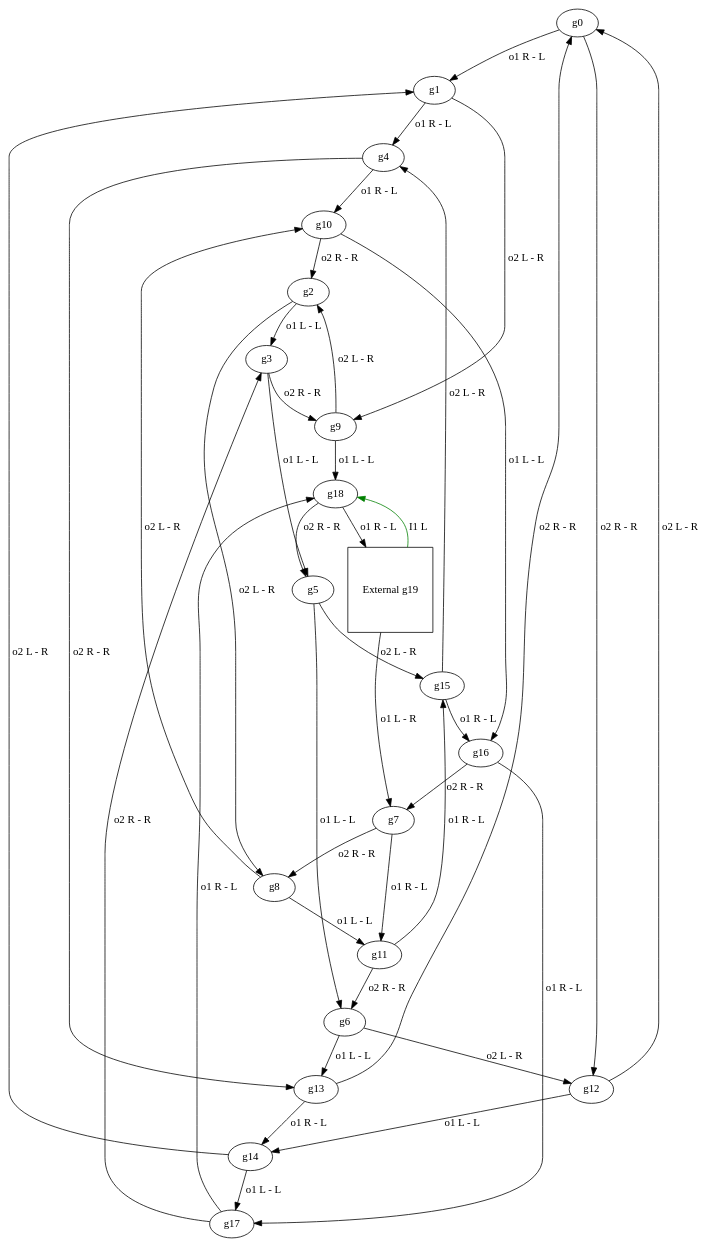
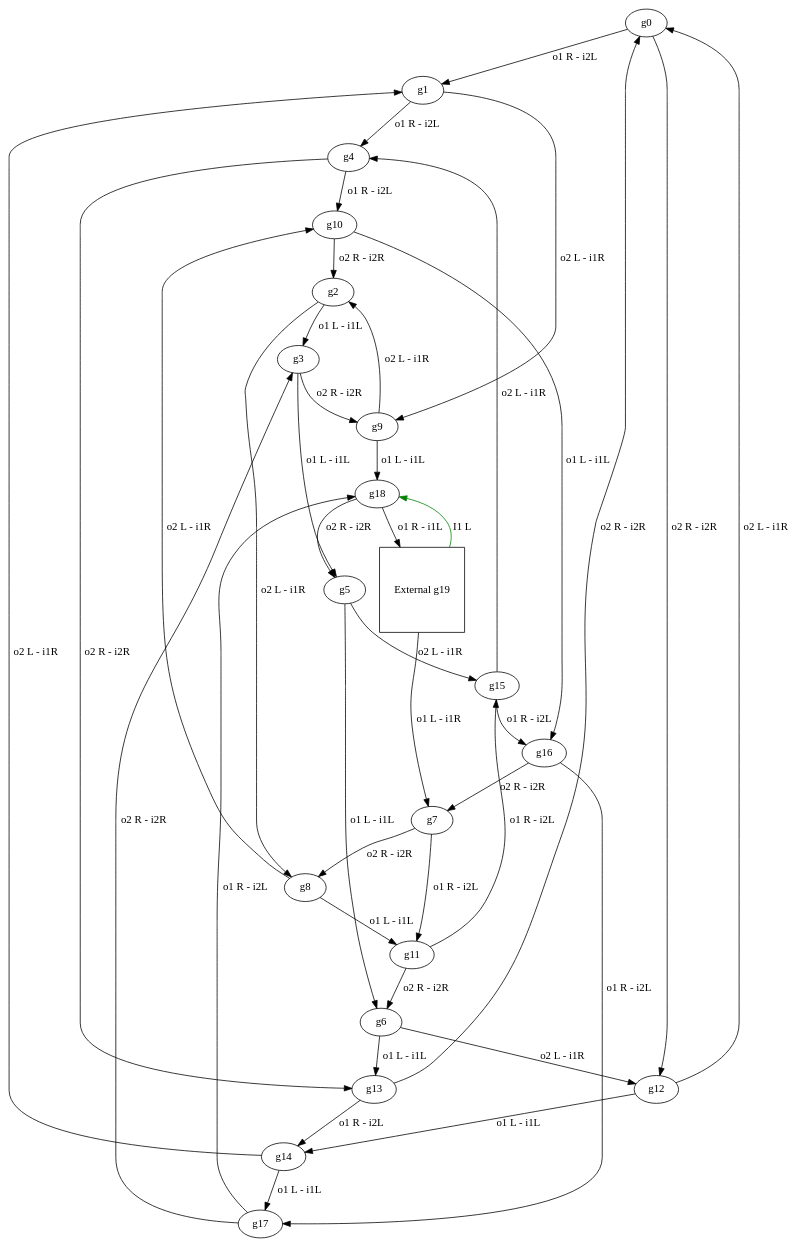
One commit to canivsar/MoonBaseAlpha changed the diagram in circuts/tt.dot. Above: the diagram before and after it, drawn with Graphviz. The commit also changed 3 other files, not shown here.

```diff
--- a/circuts/tt.dot
+++ b/circuts/tt.dot
@@ -1,83 +1,83 @@
 digraph G {
 # 0        12R13R0#1R12R ('12', 'R', '13', 'R', '1', 'R', '12', 'R')
 # 1          14R0L0#4R9L ('14', 'R', '0', 'L', '4', 'R', '9', 'L')
 # 2          9R10R0#3L8L ('9', 'R', '10', 'R', '3', 'L', '8', 'L')
 # 3          2L17R0#5L9R ('2', 'L', '17', 'R', '5', 'L', '9', 'R')
 # 4        15R1L0#10R13R ('15', 'R', '1', 'L', '10', 'R', '13', 'R')
 # 5         3L18R0#6L15L ('3', 'L', '18', 'R', '6', 'L', '15', 'L')
 # 6        5L11R0#13L12L ('5', 'L', '11', 'R', '13', 'L', '12', 'L')
 # 7        19R16R0#11R8R ('19', 'R', '16', 'R', '11', 'R', '8', 'R')
 # 8         2R7R0#11L10L ('2', 'R', '7', 'R', '11', 'L', '10', 'L')
 # 9          1R3R0#18L2L ('1', 'R', '3', 'R', '18', 'L', '2', 'L')
 # 10          8R4L0#16L2R ('8', 'R', '4', 'L', '16', 'L', '2', 'R')
 # 11          8L7L0#15R6R ('8', 'L', '7', 'L', '15', 'R', '6', 'R')
 # 12          6R0R0#14L0L ('6', 'R', '0', 'R', '14', 'L', '0', 'L')
 # 13          6L4R0#14R0R ('6', 'L', '4', 'R', '14', 'R', '0', 'R')
 # 14        12L13L0#17L1L ('12', 'L', '13', 'L', '17', 'L', '1', 'L')
 # 15         5R11L0#16R4L ('5', 'R', '11', 'L', '16', 'R', '4', 'L')
 # 16        10L15L0#17R7R ('10', 'L', '15', 'L', '17', 'R', '7', 'R')
 # 17        14L16L0#18R3R ('14', 'L', '16', 'L', '18', 'R', '3', 'R')
 # 18         9L17L0#19R5R ('9', 'L', '17', 'L', '19', 'R', '5', 'R')
 #            X18L0#X7L ('18', 'L', '7', 'L')
 # 12R13R0#1R12R ('12', 'R', '13', 'R', '1', 'R', '12', 'R')
-g0 -> g1 [label="o1 R - L"];
-g0 -> g12 [label="o2 R - R"];
+g0 -> g1 [label="o1 R - i2L"];
+g0 -> g12 [label="o2 R - i2R"];
 # 14R0L0#4R9L ('14', 'R', '0', 'L', '4', 'R', '9', 'L')
-g1 -> g4 [label="o1 R - L"];
-g1 -> g9 [label="o2 L - R"];
+g1 -> g4 [label="o1 R - i2L"];
+g1 -> g9 [label="o2 L - i1R"];
 # 9R10R0#3L8L ('9', 'R', '10', 'R', '3', 'L', '8', 'L')
-g2 -> g3 [label="o1 L - L"];
-g2 -> g8 [label="o2 L - R"];
+g2 -> g3 [label="o1 L - i1L"];
+g2 -> g8 [label="o2 L - i1R"];
 # 2L17R0#5L9R ('2', 'L', '17', 'R', '5', 'L', '9', 'R')
-g3 -> g5 [label="o1 L - L"];
-g3 -> g9 [label="o2 R - R"];
+g3 -> g5 [label="o1 L - i1L"];
+g3 -> g9 [label="o2 R - i2R"];
 # 15R1L0#10R13R ('15', 'R', '1', 'L', '10', 'R', '13', 'R')
-g4 -> g10 [label="o1 R - L"];
-g4 -> g13 [label="o2 R - R"];
+g4 -> g10 [label="o1 R - i2L"];
+g4 -> g13 [label="o2 R - i2R"];
 # 3L18R0#6L15L ('3', 'L', '18', 'R', '6', 'L', '15', 'L')
-g5 -> g6 [label="o1 L - L"];
-g5 -> g15 [label="o2 L - R"];
+g5 -> g6 [label="o1 L - i1L"];
+g5 -> g15 [label="o2 L - i1R"];
 # 5L11R0#13L12L ('5', 'L', '11', 'R', '13', 'L', '12', 'L')
-g6 -> g13 [label="o1 L - L"];
-g6 -> g12 [label="o2 L - R"];
+g6 -> g13 [label="o1 L - i1L"];
+g6 -> g12 [label="o2 L - i1R"];
 # 19R16R0#11R8R ('19', 'R', '16', 'R', '11', 'R', '8', 'R')
-g7 -> g11 [label="o1 R - L"];
-g7 -> g8 [label="o2 R - R"];
+g7 -> g11 [label="o1 R - i2L"];
+g7 -> g8 [label="o2 R - i2R"];
 # 2R7R0#11L10L ('2', 'R', '7', 'R', '11', 'L', '10', 'L')
-g8 -> g11 [label="o1 L - L"];
-g8 -> g10 [label="o2 L - R"];
+g8 -> g11 [label="o1 L - i1L"];
+g8 -> g10 [label="o2 L - i1R"];
 # 1R3R0#18L2L ('1', 'R', '3', 'R', '18', 'L', '2', 'L')
-g9 -> g18 [label="o1 L - L"];
-g9 -> g2 [label="o2 L - R"];
+g9 -> g18 [label="o1 L - i1L"];
+g9 -> g2 [label="o2 L - i1R"];
 # 8R4L0#16L2R ('8', 'R', '4', 'L', '16', 'L', '2', 'R')
-g10 -> g16 [label="o1 L - L"];
-g10 -> g2 [label="o2 R - R"];
+g10 -> g16 [label="o1 L - i1L"];
+g10 -> g2 [label="o2 R - i2R"];
 # 8L7L0#15R6R ('8', 'L', '7', 'L', '15', 'R', '6', 'R')
-g11 -> g15 [label="o1 R - L"];
-g11 -> g6 [label="o2 R - R"];
+g11 -> g15 [label="o1 R - i2L"];
+g11 -> g6 [label="o2 R - i2R"];
 # 6R0R0#14L0L ('6', 'R', '0', 'R', '14', 'L', '0', 'L')
-g12 -> g14 [label="o1 L - L"];
-g12 -> g0 [label="o2 L - R"];
+g12 -> g14 [label="o1 L - i1L"];
+g12 -> g0 [label="o2 L - i1R"];
 # 6L4R0#14R0R ('6', 'L', '4', 'R', '14', 'R', '0', 'R')
-g13 -> g14 [label="o1 R - L"];
-g13 -> g0 [label="o2 R - R"];
+g13 -> g14 [label="o1 R - i2L"];
+g13 -> g0 [label="o2 R - i2R"];
 # 12L13L0#17L1L ('12', 'L', '13', 'L', '17', 'L', '1', 'L')
-g14 -> g17 [label="o1 L - L"];
-g14 -> g1 [label="o2 L - R"];
+g14 -> g17 [label="o1 L - i1L"];
+g14 -> g1 [label="o2 L - i1R"];
 # 5R11L0#16R4L ('5', 'R', '11', 'L', '16', 'R', '4', 'L')
-g15 -> g16 [label="o1 R - L"];
-g15 -> g4 [label="o2 L - R"];
+g15 -> g16 [label="o1 R - i2L"];
+g15 -> g4 [label="o2 L - i1R"];
 # 10L15L0#17R7R ('10', 'L', '15', 'L', '17', 'R', '7', 'R')
-g16 -> g17 [label="o1 R - L"];
-g16 -> g7 [label="o2 R - R"];
+g16 -> g17 [label="o1 R - i2L"];
+g16 -> g7 [label="o2 R - i2R"];
 # 14L16L0#18R3R ('14', 'L', '16', 'L', '18', 'R', '3', 'R')
-g17 -> g18 [label="o1 R - L"];
-g17 -> g3 [label="o2 R - R"];
+g17 -> g18 [label="o1 R - i2L"];
+g17 -> g3 [label="o2 R - i2R"];
 # 9L17L0#19R5R ('9', 'L', '17', 'L', '19', 'R', '5', 'R')
-g18 -> g19 [label="o1 R - L"];
-g18 -> g5 [label="o2 R - R"];
+g18 -> g19 [label="o1 R - i1L"];
+g18 -> g5 [label="o2 R - i2R"];
 # External Gate X18L0#X7L ('18', 'L', '7', 'L')
 g19 [label="External g19", shape=square ];
 g19 -> g18 [label="I1 L", color=green ];
-g19 -> g7 [label="o1 L - R"];
+g19 -> g7 [label="o1 L - i1R"];
 }
```
